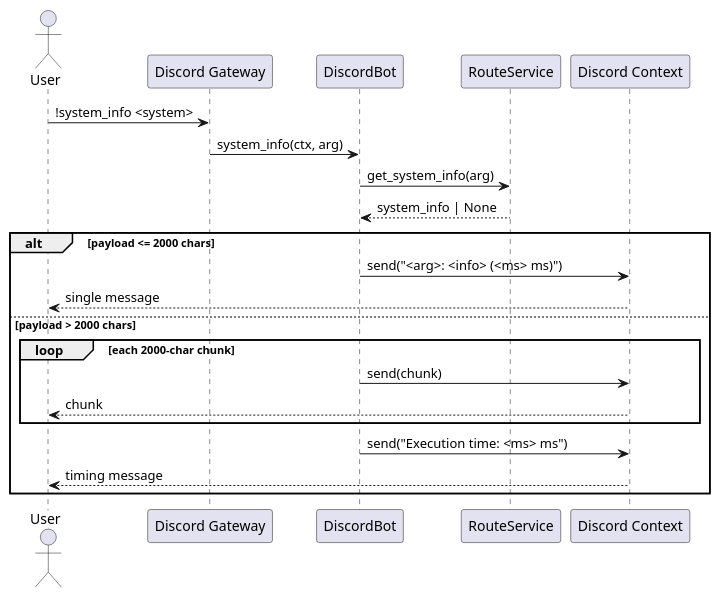
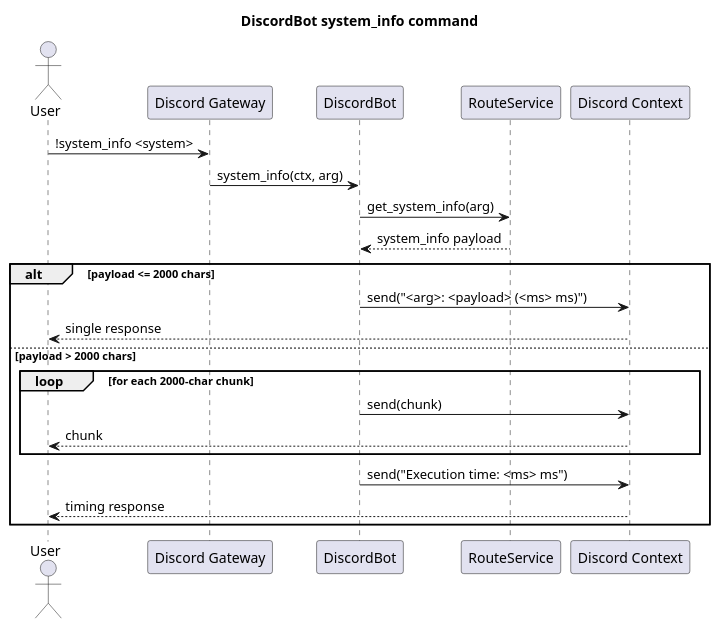
One commit to fazleskhan/elite_dangerous_discord_tools changed the second of 7 diagrams in docs/discord_bot_sequences.puml. Above: the diagram before and after it, drawn with PlantUML. The commit also changed other lines of this file and 25 other files, not shown here.

Commit message:
updated README.md and sequence diagrams

```diff
--- a/docs/discord_bot_sequences.puml
+++ b/docs/discord_bot_sequences.puml
@@ -13,24 +14,25 @@
 @startuml discord_bot_system_info
+title DiscordBot system_info command
 actor User
 participant "Discord Gateway" as Discord
 participant "DiscordBot" as Bot
 participant "RouteService" as Route
 participant "Discord Context" as Ctx
 
 User -> Discord : !system_info <system>
 Discord -> Bot : system_info(ctx, arg)
 Bot -> Route : get_system_info(arg)
-Route --> Bot : system_info | None
+Route --> Bot : system_info payload
 
 alt payload <= 2000 chars
-  Bot -> Ctx : send("<arg>: <info> (<ms> ms)")
-  Ctx --> User : single message
+  Bot -> Ctx : send("<arg>: <payload> (<ms> ms)")
+  Ctx --> User : single response
 else payload > 2000 chars
-  loop each 2000-char chunk
+  loop for each 2000-char chunk
     Bot -> Ctx : send(chunk)
     Ctx --> User : chunk
   end
   Bot -> Ctx : send("Execution time: <ms> ms")
-  Ctx --> User : timing message
+  Ctx --> User : timing response
 end
 @enduml
```
